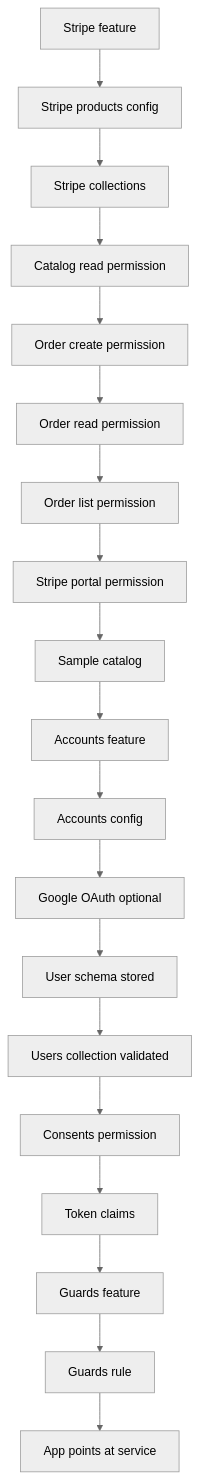
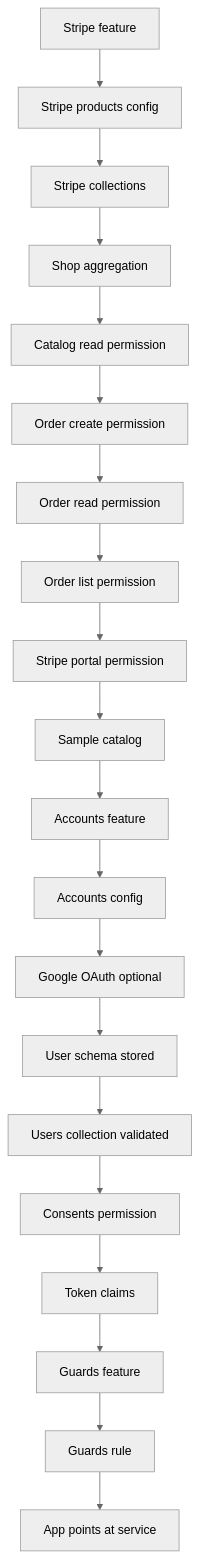
The second of 2 diagrams in openwiki/concepts/service-setup.md (ulabase/starter-ecommerce), drawn with Mermaid (neutral theme) before and after one commit. The commit also changed other lines of this file and 5 other files, not shown here.

````diff
--- a/openwiki/concepts/service-setup.md
+++ b/openwiki/concepts/service-setup.md
@@ -168,21 +186,22 @@
 ```mermaid
 flowchart TD
     A["Stripe feature"] --> B["Stripe products config"]
     B --> C["Stripe collections"]
-    C --> D["Catalog read permission"]
-    D --> E["Order create permission"]
-    E --> F["Order read permission"]
-    F --> G["Order list permission"]
-    G --> H["Stripe portal permission"]
-    H --> I["Sample catalog"]
-    I --> J["Accounts feature"]
-    J --> K["Accounts config"]
-    K --> L["Google OAuth optional"]
-    L --> M["User schema stored"]
-    M --> N["Users collection validated"]
-    N --> O["Consents permission"]
-    O --> P["Token claims"]
-    P --> Q["Guards feature"]
-    Q --> R["Guards rule"]
-    R --> S["App points at service"]
+    C --> D["Shop aggregation"]
+    D --> E["Catalog read permission"]
+    E --> F["Order create permission"]
+    F --> G["Order read permission"]
+    G --> H["Order list permission"]
+    H --> I["Stripe portal permission"]
+    I --> J["Sample catalog"]
+    J --> K["Accounts feature"]
+    K --> L["Accounts config"]
+    L --> M["Google OAuth optional"]
+    M --> N["User schema stored"]
+    N --> O["Users collection validated"]
+    O --> P["Consents permission"]
+    P --> Q["Token claims"]
+    Q --> R["Guards feature"]
+    R --> S["Guards rule"]
+    S --> T["App points at service"]
 ```
````
